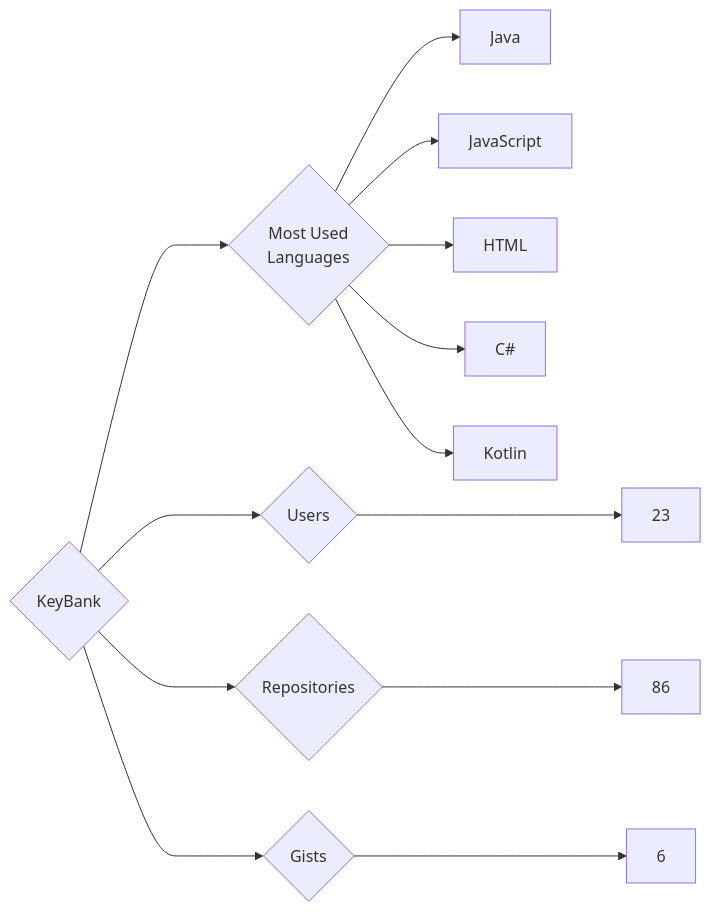
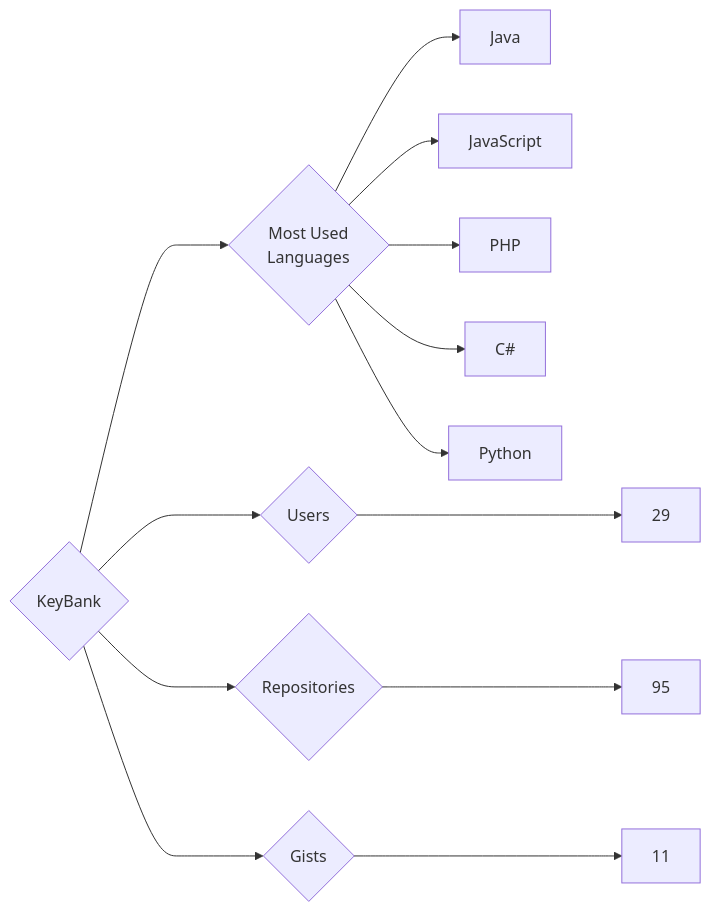
The diagram in targets/KeyBank/README.md (trickest/insiders), drawn with Mermaid before and after one commit. The commit also changed 935 other files, not shown here.

````diff
--- a/targets/KeyBank/README.md
+++ b/targets/KeyBank/README.md
@@ -3,13 +3,13 @@
 ```mermaid
 graph LR
 COMPANY_NAME{KeyBank}
-COMPANY_NAME ---> U{Users} ---> UN[23]
-COMPANY_NAME ---> R{Repositories} ---> RN[86]
-COMPANY_NAME ---> G{Gists} ---> GN[6]
+COMPANY_NAME ---> U{Users} ---> UN[29]
+COMPANY_NAME ---> R{Repositories} ---> RN[95]
+COMPANY_NAME ---> G{Gists} ---> GN[11]
 COMPANY_NAME ---> ML{Most Used<br>Languages}
 ML --> Java[Java]
 ML --> JavaScript[JavaScript]
-ML --> HTML[HTML]
+ML --> PHP[PHP]
 ML --> C#[C#]
-ML --> Kotlin[Kotlin]
+ML --> Python[Python]
 ```
````
